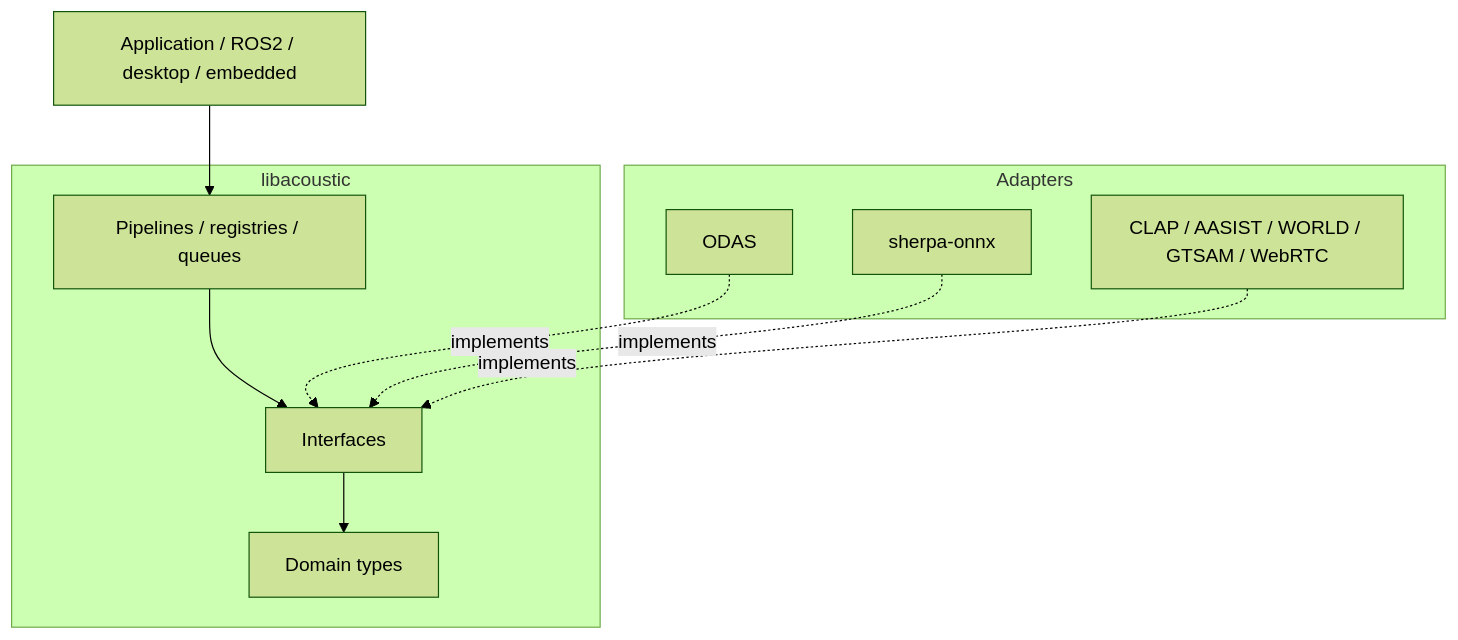
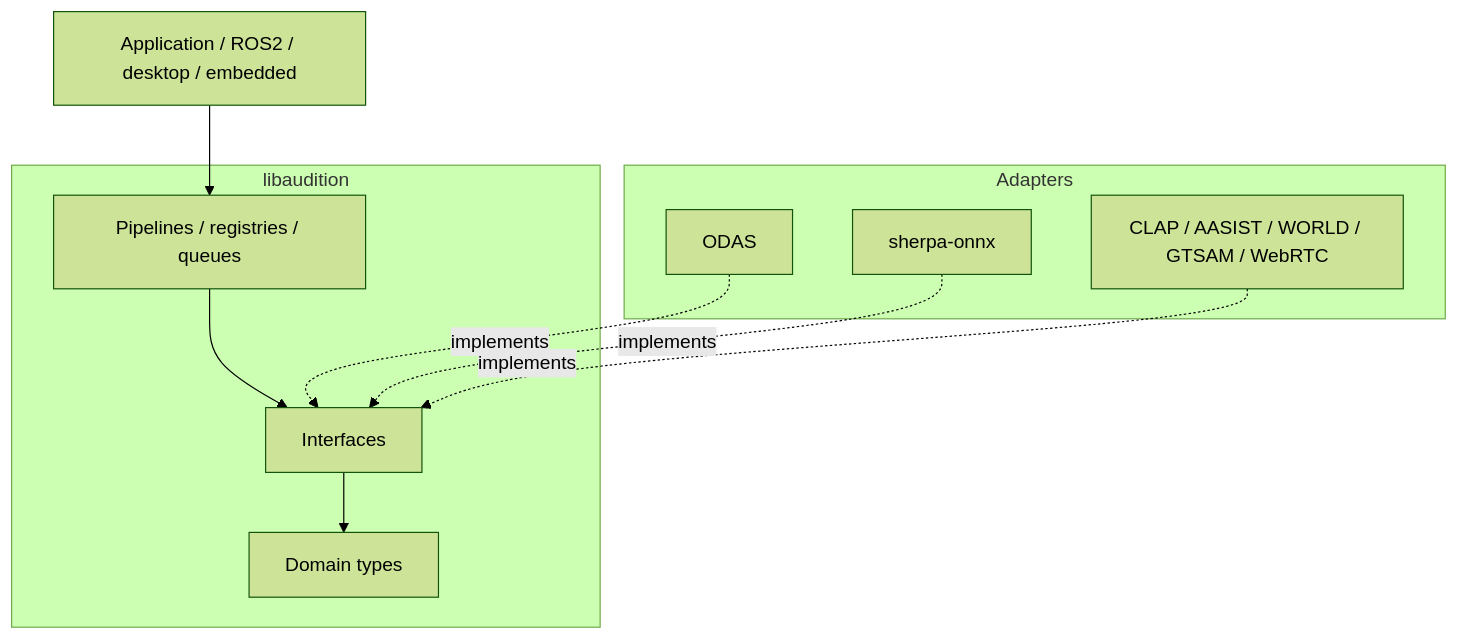
Before and after one commit to ARDev1161/libaudition: the diagram in docs/images/architecture.mmd, drawn with Mermaid (forest theme). The commit also changed 13 other files, not shown here.

```diff
--- a/docs/images/architecture.mmd
+++ b/docs/images/architecture.mmd
@@ -1,17 +1,17 @@
 flowchart TB
     APP[Application / ROS2 / desktop / embedded]
-    subgraph LIB[libacoustic]
+    subgraph LIB[libaudition]
       PIPE[Pipelines / registries / queues]
       PORTS[Interfaces]
       CORE[Domain types]
       PIPE --> PORTS --> CORE
     end
     subgraph BACKENDS[Adapters]
       ODAS[ODAS]
       SHERPA[sherpa-onnx]
       OTHER[CLAP / AASIST / WORLD / GTSAM / WebRTC]
     end
     APP --> PIPE
     ODAS -.implements.-> PORTS
     SHERPA -.implements.-> PORTS
     OTHER -.implements.-> PORTS
```
